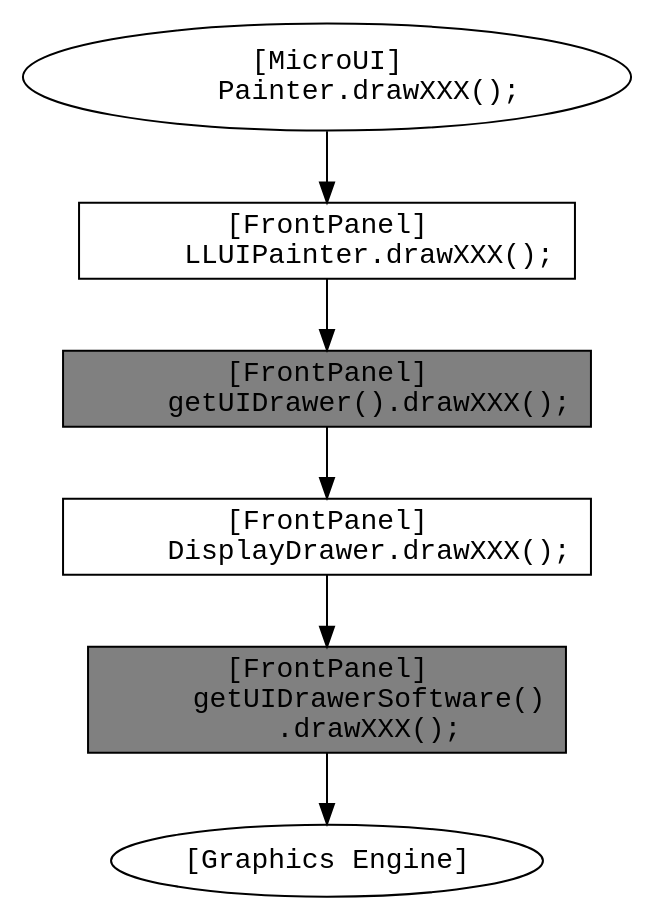
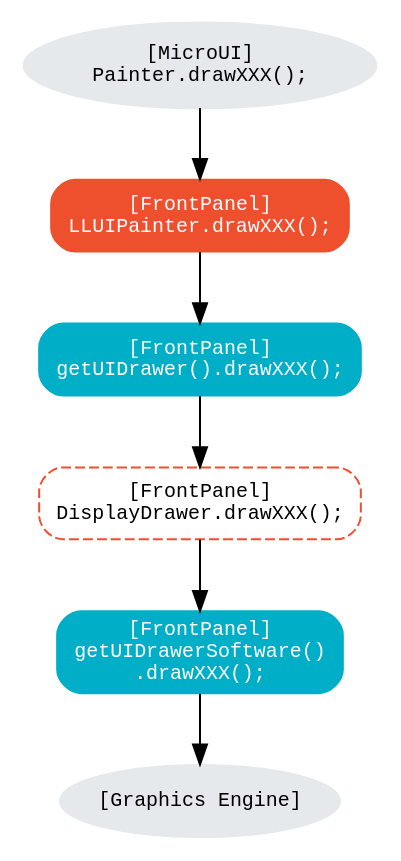
One commit to MicroEJ/docs changed the third of 4 diagrams in VEEPortingGuide/uiDrawings.rst. Above: the diagram before and after it, drawn with Graphviz. The commit also changed other lines of this file, not shown here.

Commit message:
Update graphs in Drawings section.

```diff
--- a/VEEPortingGuide/uiDrawings.rst
+++ b/VEEPortingGuide/uiDrawings.rst
@@ -352,26 +367,33 @@
 .. graphviz::
 
    digraph {
-         ratio="auto"
-         splines="true";
-         node [style=filled fillcolor=white shape=rectangle fontname=monospace fontcolor=black width=3];
-            
-         // --- ELEMENTS -- //
+      ratio="auto"
+      splines="true";
+      node [style="filled,rounded" fontname="monospace" fontsize="10"];
+      
+      { //in/out
+         node [shape="ellipse" color="#e5e9eb" fontcolor="black"] mui, UID_soft_c
+      }
+      { // h
+         node [shape="box" color="#00aec7" fontcolor="white"] UID_h, UID_soft_h
+      }
+      { // c
+         node [shape="box" color="#ee502e" fontcolor="white"] LLUI_c
+      }
+      { // weak
+         node [shape="box" style="dashed,rounded" color="#ee502e"] UID_weak_c
+      }
+         
+      // --- ELEMENTS -- //
+      
+      mui [label="[MicroUI]\nPainter.drawXXX();"] 
+      LLUI_c [label="[FrontPanel]\nLLUIPainter.drawXXX();"]
+      UID_h [label="[FrontPanel]\ngetUIDrawer().drawXXX();"]
+      UID_weak_c [label="[FrontPanel]\nDisplayDrawer.drawXXX();"]
+      UID_soft_h [label="[FrontPanel]\ngetUIDrawerSoftware()\n.drawXXX();"]
+      UID_soft_c [label="[Graphics Engine]"]
 
-         mui [label="[MicroUI]
-         Painter.drawXXX();"  shape=ellipse] 
-         LLUI_c [label="[FrontPanel]
-         LLUIPainter.drawXXX();"]
-         UID_h [label="[FrontPanel]
-         getUIDrawer().drawXXX();" fillcolor=gray]
-         UID_weak_c [label="[FrontPanel]
-         DisplayDrawer.drawXXX();"]
-         UID_soft_h [label="[FrontPanel]
-         getUIDrawerSoftware()
-         .drawXXX();" fillcolor=gray]
-         UID_soft_c [label="[Graphics Engine]" shape=ellipse]
+      // --- FLOW -- //
 
-         // --- FLOW -- //
-
-         mui->LLUI_c->UID_h->UID_weak_c->UID_soft_h->UID_soft_c
-      }
+      mui->LLUI_c->UID_h->UID_weak_c->UID_soft_h->UID_soft_c
+   }
```
